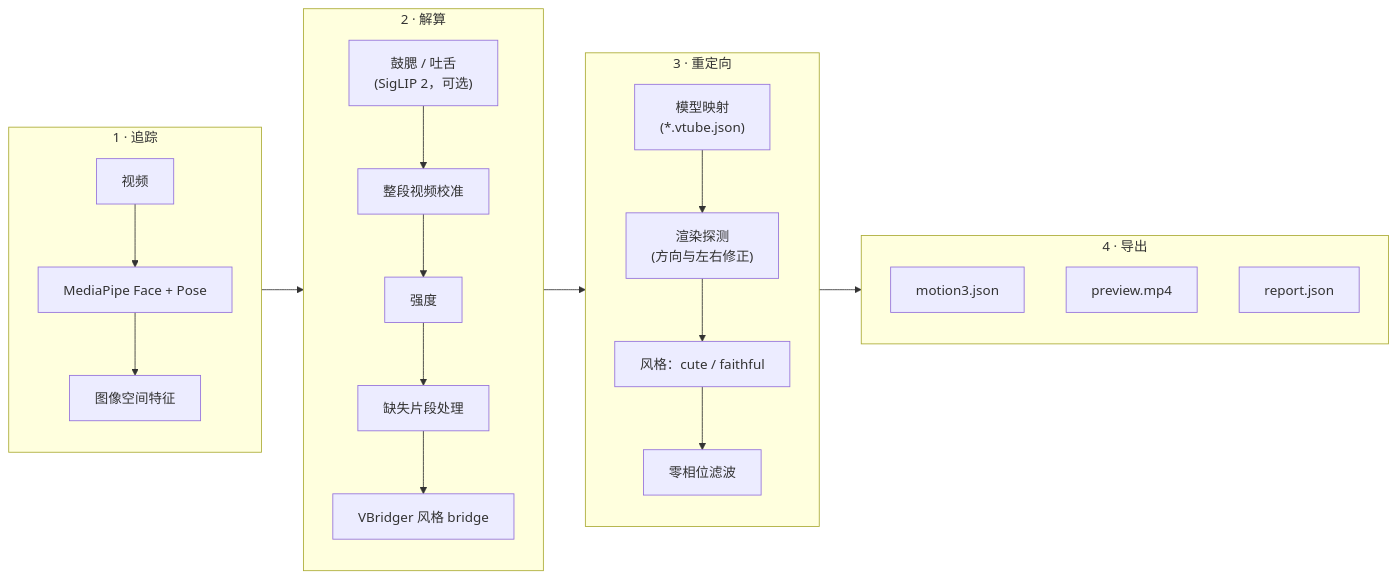
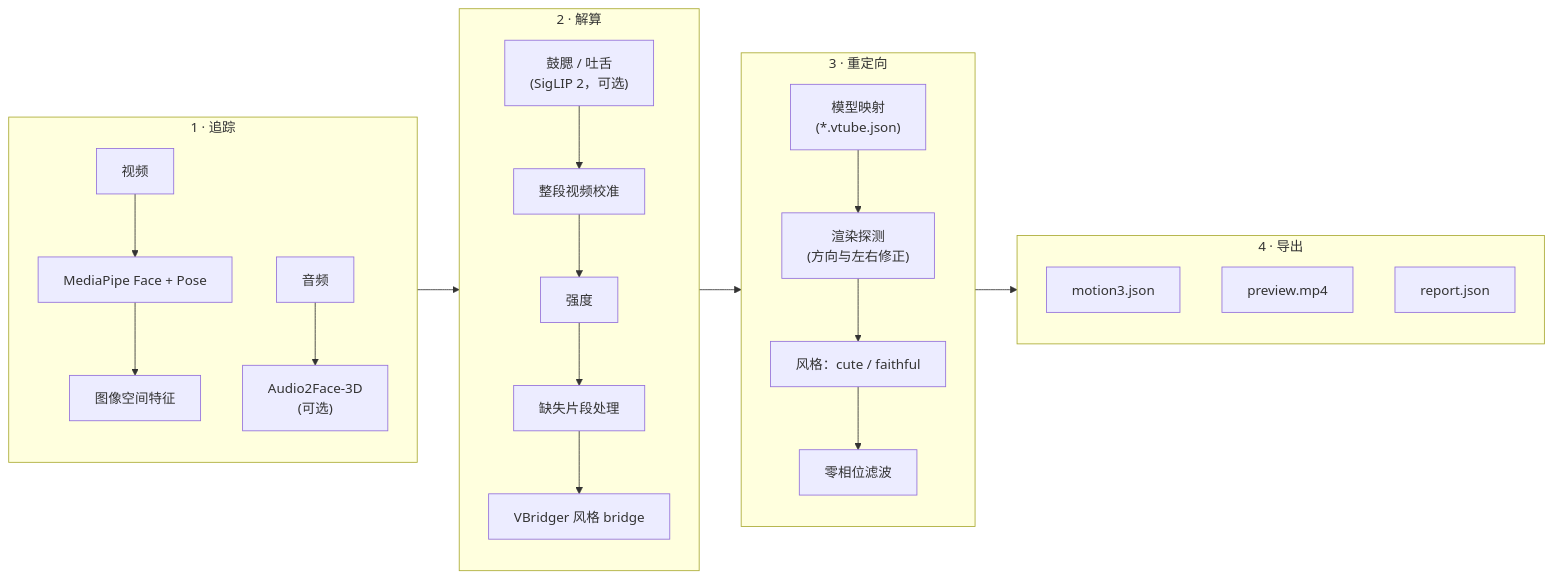
One commit to FMsongX2/video2live2d changed the diagram in README.zh-CN.md. Above: the diagram before and after it, drawn with Mermaid. The commit also changed other lines of this file and 34 other files, not shown here.

First line of the commit message:
Audio2Live2D: speech audio drives the face through NVIDIA Audio2Face-3D

````diff
--- a/README.zh-CN.md
+++ b/README.zh-CN.md
@@ -38,28 +39,29 @@
 ```mermaid
 flowchart LR
     subgraph S1["1 · 追踪"]
         direction TB
         A["视频"] --> B["MediaPipe Face + Pose"]
         B --> C["图像空间特征"]
+        A2["音频"] --> A3["Audio2Face-3D<br/>(可选)"]
     end
     subgraph S2["2 · 解算"]
         direction TB
         E["鼓腮 / 吐舌<br/>(SigLIP 2，可选)"] --> D["整段视频校准"]
         D --> P["强度"]
         P --> F["缺失片段处理"]
         F --> G["VBridger 风格 bridge"]
     end
     subgraph S3["3 · 重定向"]
         direction TB
         H["模型映射<br/>(*.vtube.json)"] --> I["渲染探测<br/>(方向与左右修正)"]
         I --> J["风格：cute / faithful"]
         J --> K["零相位滤波"]
     end
     subgraph S4["4 · 导出"]
         direction TB
         L["motion3.json"]
         M["preview.mp4"]
         N["report.json"]
     end
     S1 --> S2 --> S3 --> S4
 ```
````
